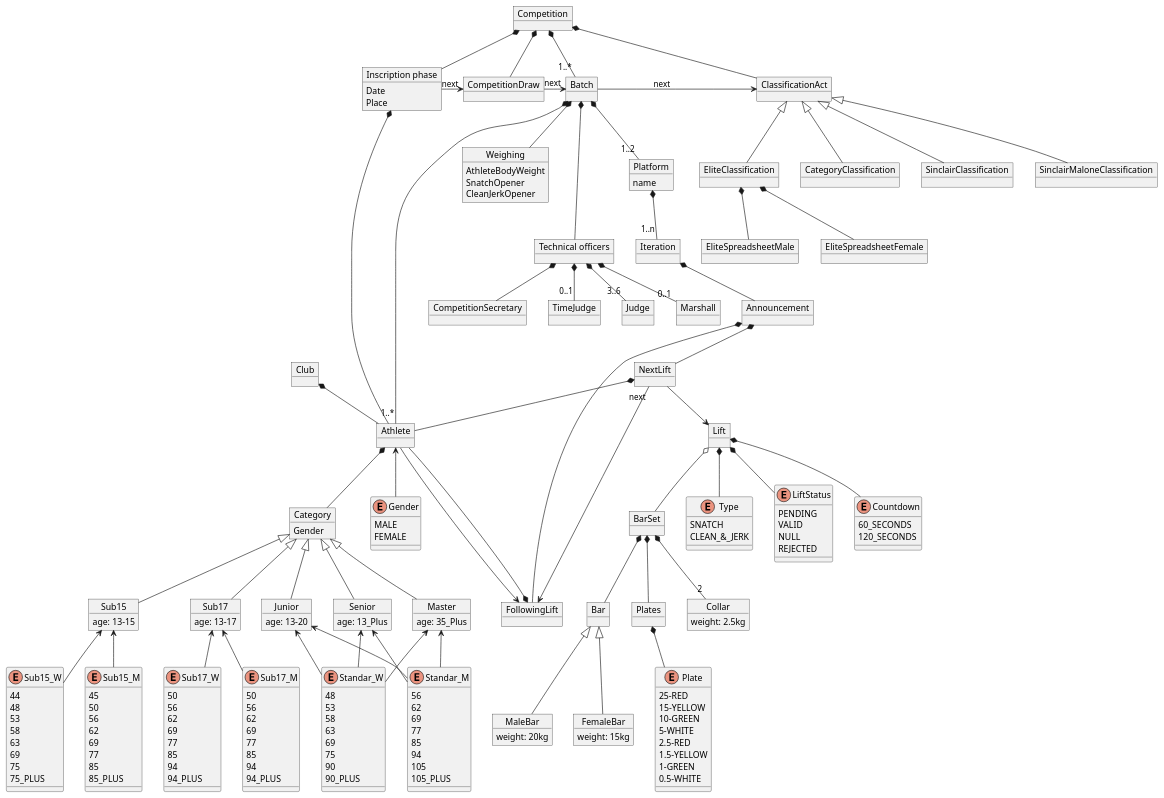
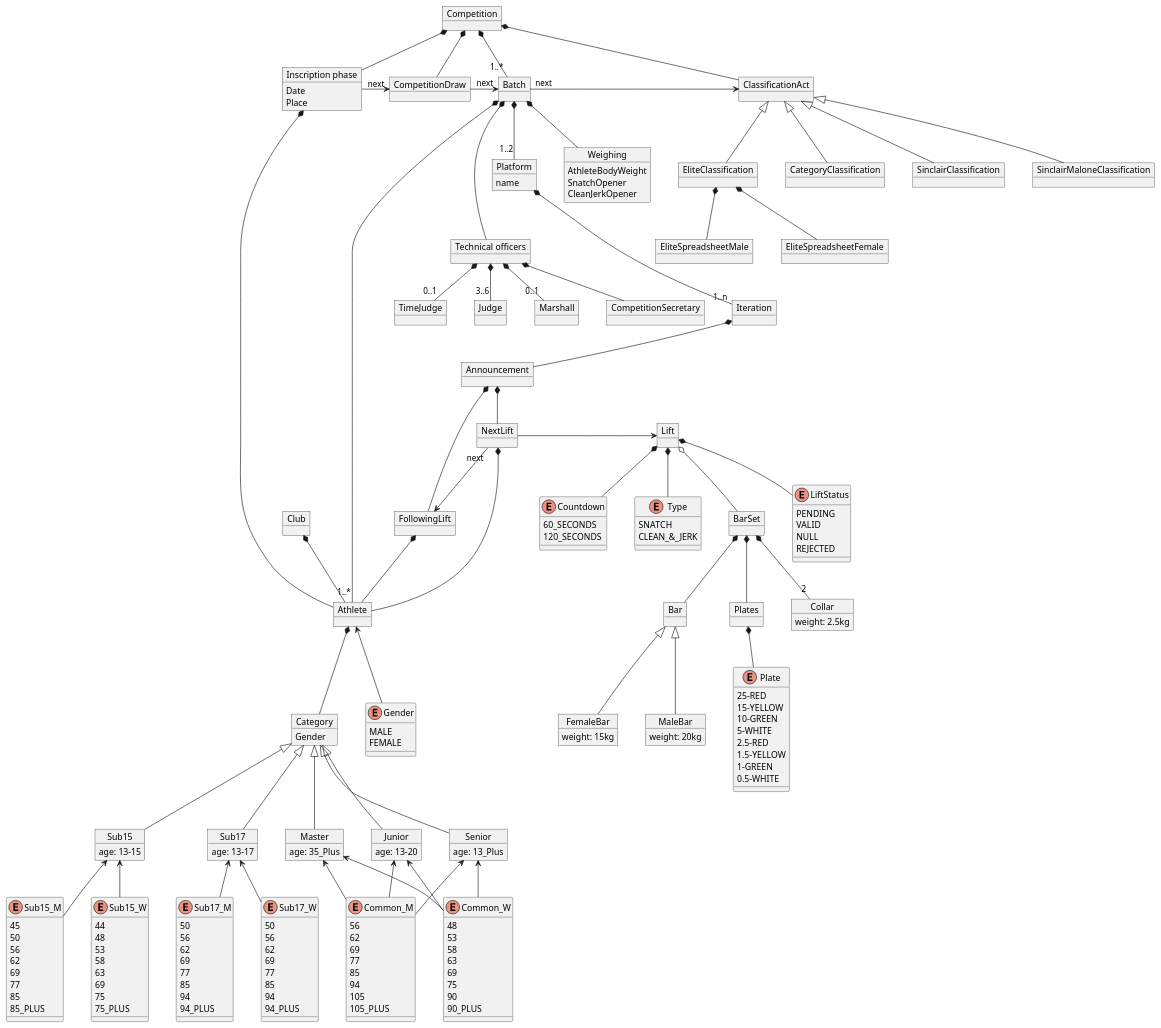
Before and after one commit to zuldare/mastercloud_pfm_halterocms: the diagram in diagrams/modelDomain/competitionDomainModel.puml, drawn with PlantUML.

Commit message:
refactor

```diff
--- a/diagrams/modelDomain/competitionDomainModel.puml
+++ b/diagrams/modelDomain/competitionDomainModel.puml
@@ -1,5 +1,6 @@
 @startuml
-' skinparam nodesep 50 CONTROLS node horizontal separation
+skinparam nodesep 45
+' CONTROLS node horizontal separation
 ' skinparam ranksep 60 CONTROLS vertical separation
 
 object Competition
@@ -141,7 +142,7 @@
  94_PLUS
 }
 
-enum Standar_M {
+enum Common_M {
 56
 62
 69
@@ -152,7 +153,7 @@
 105_PLUS
 }
 
-enum Standar_W {
+enum Common_W {
 48
 53
 58
@@ -182,7 +183,7 @@
 EliteClassification *-- EliteSpreadsheetMale
 EliteClassification *-- EliteSpreadsheetFemale
 
-Batch -right-> "next                                       " ClassificationAct
+Batch "next" -right-> ClassificationAct
 Inscription -right-> "next" CompetitionDraw
 CompetitionDraw -right-> "next" Batch
 
@@ -196,16 +197,14 @@
 TC *-- "0..1" Marshall
 TC *-- "0..1" TimeJudge
 
-Platform *-- "1..n" Iteration
+Platform *--- "1..n" Iteration
 Iteration *-- Announcement
 Announcement *-- NextLift
 Announcement *-- FollowingLift
 NextLift "next" --> FollowingLift
-NextLift --> Lift
+NextLift --right-> Lift
 NextLift *-- Athlete
 FollowingLift *-- Athlete
-' Athlete ---> NextLift
-Athlete ---> FollowingLift
 
 Lift *-- Type
 Lift *-- LiftStatus
@@ -228,12 +227,12 @@
 Sub15 <-- Sub15_M
 Sub17 <-- Sub17_W
 Sub17 <-- Sub17_M
-Junior <-- Standar_M
-Junior <-- Standar_W
-Senior <-- Standar_M
-Senior <-- Standar_W
-Master <-- Standar_M
-Master <-- Standar_W
+Junior <-- Common_M
+Junior <-- Common_W
+Senior <-- Common_M
+Senior <-- Common_W
+Master <-- Common_M
+Master <-- Common_W
 
 Athlete *-- Category
 @enduml
```
